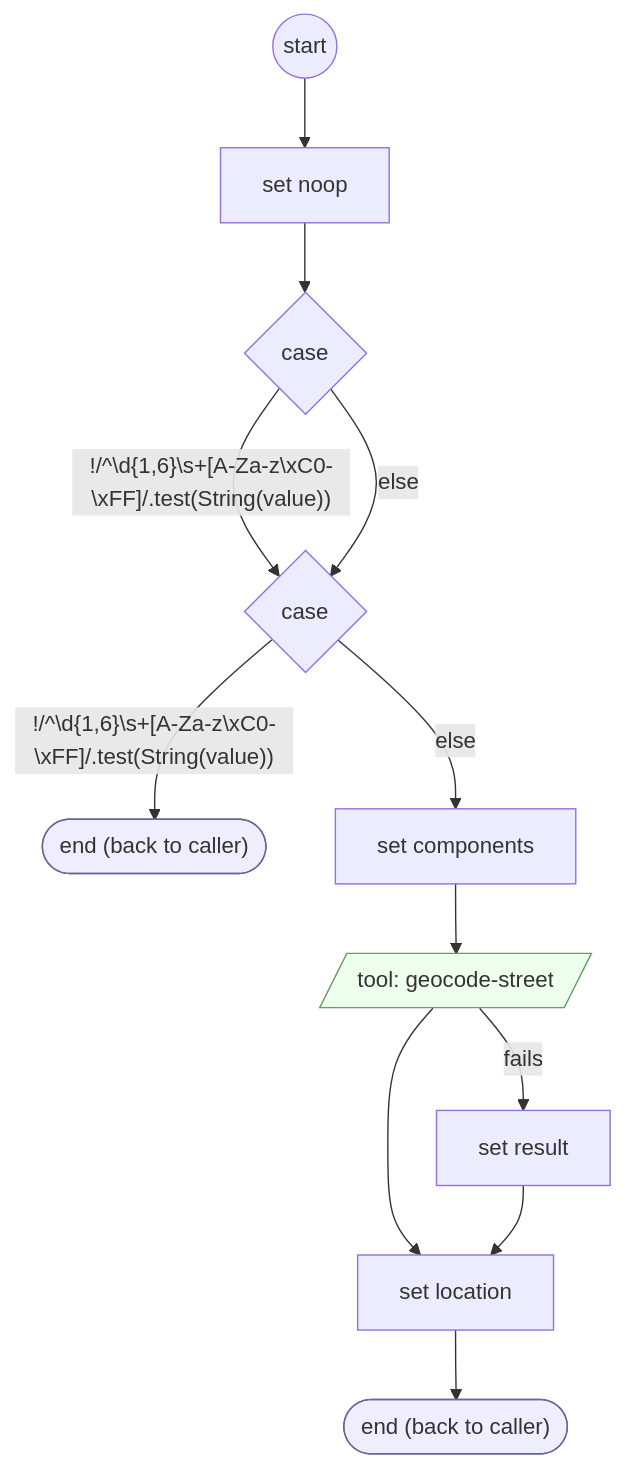
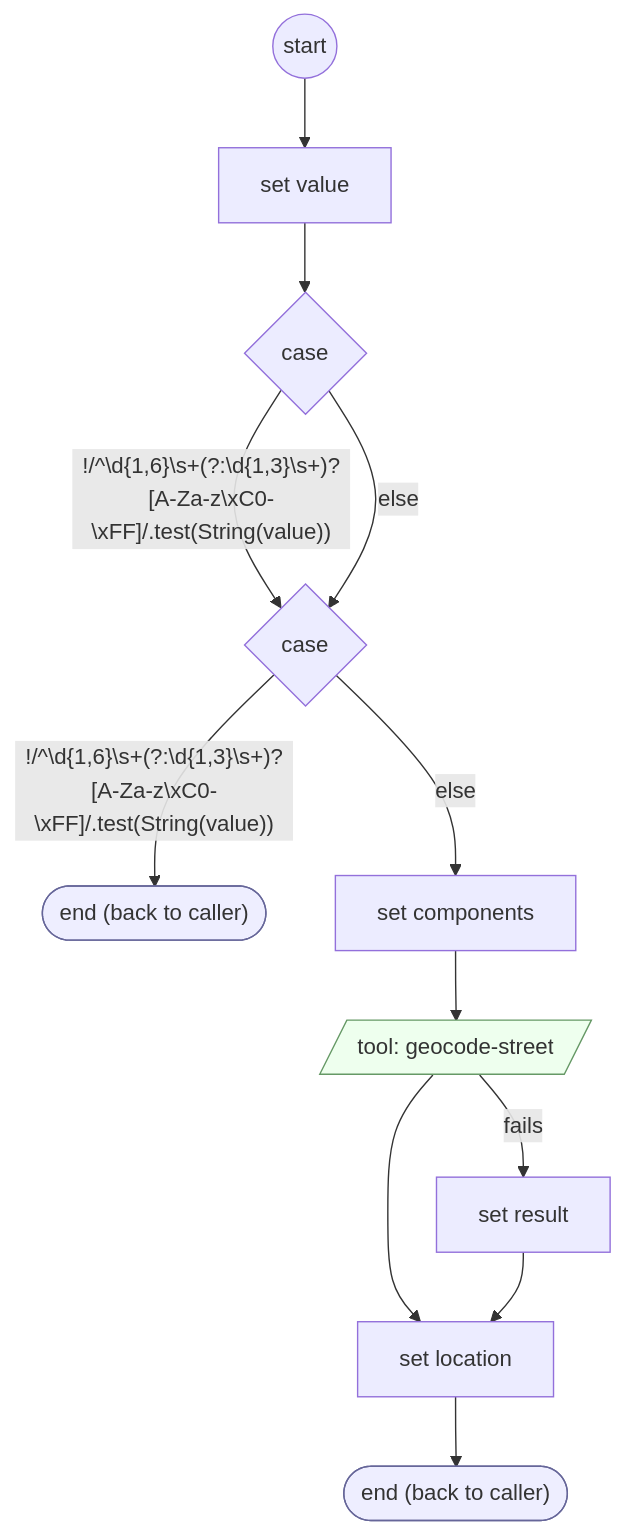
The diagram in docs/flows/system/address-street-validate.md (ronpinkas/jsfe), drawn with Mermaid before and after one commit. The commit also changed 9 other files, not shown here.

````diff
--- a/docs/flows/system/address-street-validate.md
+++ b/docs/flows/system/address-street-validate.md
@@ -18,31 +18,31 @@
 ```mermaid
 flowchart TD
    START(("start"))
-   n0["set noop"]
+   n0["set value"]
    START --> n0
    c1{"case"}
    n0 --> c1
    c2{"case"}
-   c1 -- "!/^\d#123;1,6#125;\s+[A-Za-z\xC0-\xFF]/.test(String(value))" --> c2
+   c1 -- "!/^\d#123;1,6#125;\s+(?:\d#123;1,3#125;\s+)?[A-Za-z\xC0-\xFF]/.test(String(value))" --> c2
    c1 -- "else" --> c2
    b3(["end (back to caller)"])
    class b3 endstep
-   c2 -- "!/^\d#123;1,6#125;\s+[A-Za-z\xC0-\xFF]/.test(String(value))" --> b3
+   c2 -- "!/^\d#123;1,6#125;\s+(?:\d#123;1,3#125;\s+)?[A-Za-z\xC0-\xFF]/.test(String(value))" --> b3
    n4["set components"]
    c2 -- "else" --> n4
    n5[/"tool: geocode-street"/]
    class n5 toolstep
    n4 --> n5
    n5f["set result"]
    n5 -- "fails" --> n5f
    n6["set location"]
    n5 --> n6
    n5f --> n6
    DONE(["end (back to caller)"])
    class DONE endstep
    n6 --> DONE
    classDef endstep fill:#eef,stroke:#669
    classDef toolstep fill:#efe,stroke:#696
    classDef flowstep fill:#fef6e0,stroke:#b80
    classDef inputstep fill:#f3eefc,stroke:#75a
 ```
````
